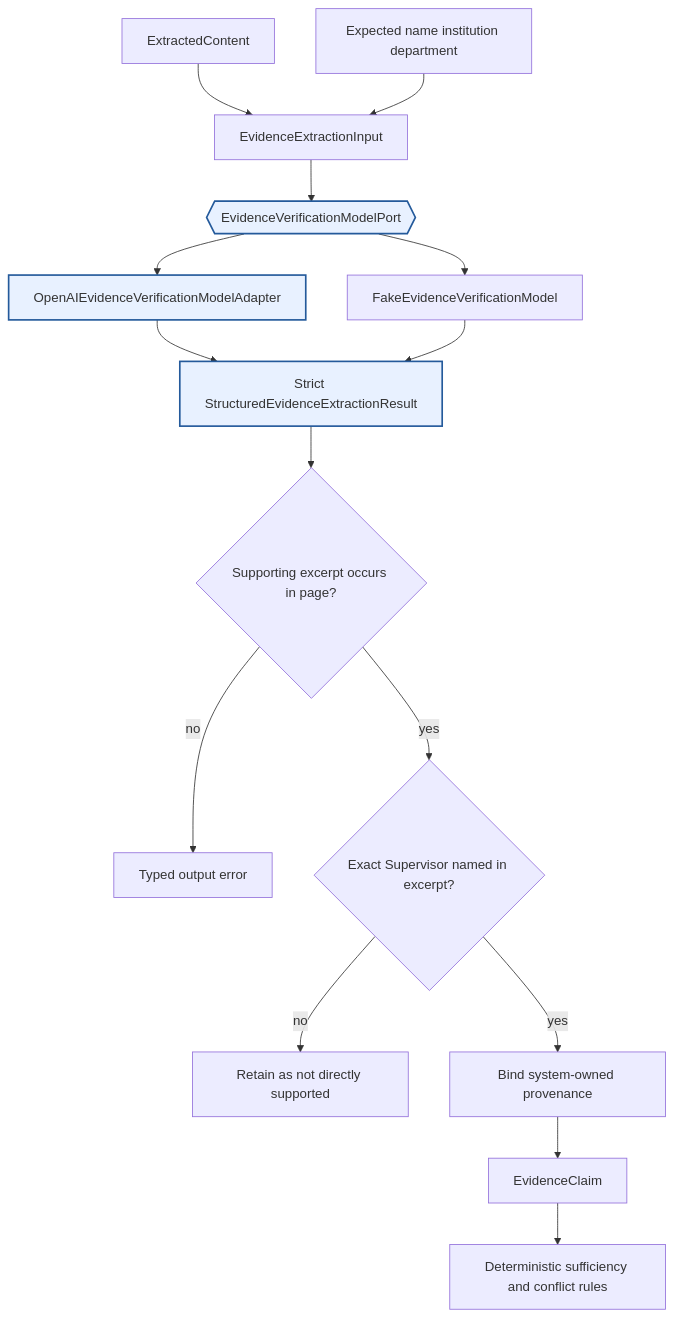
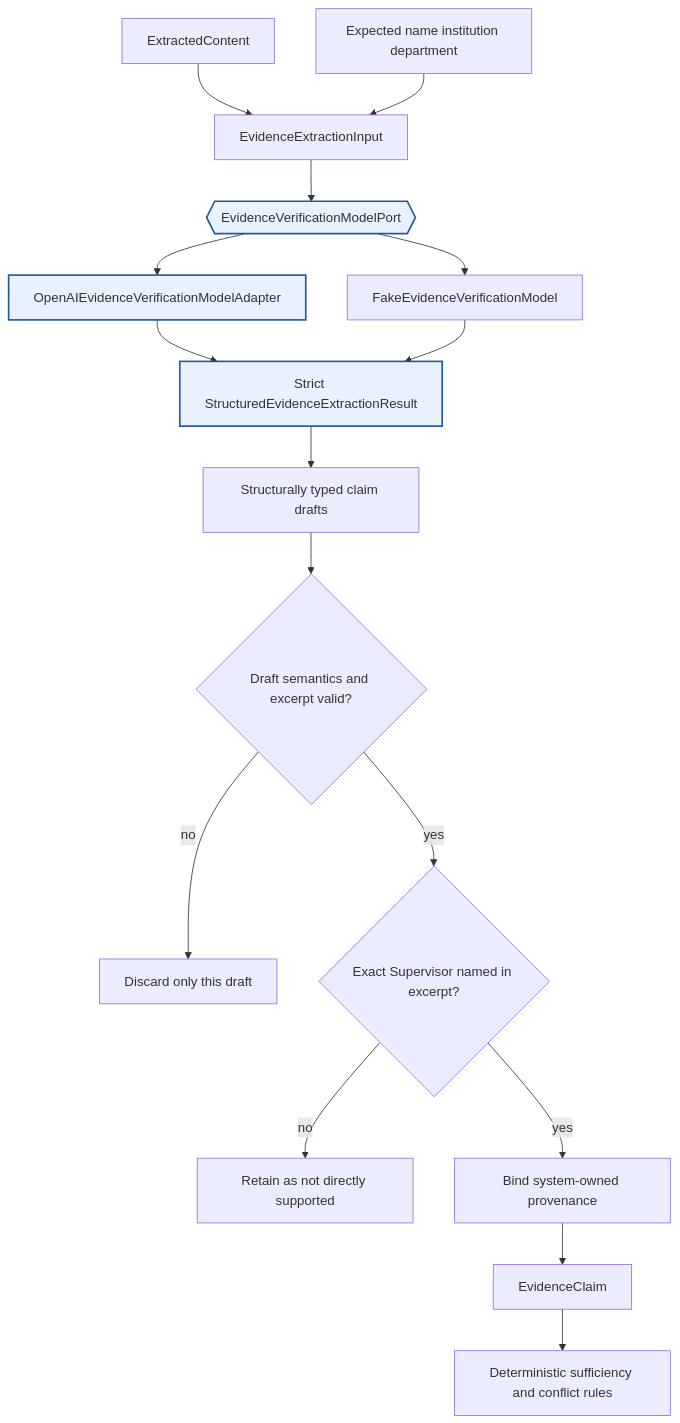
Diagram 14 of 24 in projects/scholar-path/docs/architecture.md (shanly-rajan/ai-builder), drawn with Mermaid before and after one commit. The commit also changed other lines of this file and 30 other files, not shown here.

````diff
--- a/projects/scholar-path/docs/architecture.md
+++ b/projects/scholar-path/docs/architecture.md
@@ -570,20 +570,21 @@
 ```mermaid
 flowchart TD
     Page[ExtractedContent] --> Input[EvidenceExtractionInput]
     Hints[Expected name institution department] --> Input
     Input --> Port{{EvidenceVerificationModelPort}}
     Port --> Fake[FakeEvidenceVerificationModel]
     Port --> OpenAI[OpenAIEvidenceVerificationModelAdapter]
     OpenAI --> Schema[Strict StructuredEvidenceExtractionResult]
     Fake --> Schema
-    Schema --> Ground{Supporting excerpt occurs in page?}
-    Ground -->|no| Invalid[Typed output error]
+    Schema --> Drafts[Structurally typed claim drafts]
+    Drafts --> Ground{Draft semantics and excerpt valid?}
+    Ground -->|no| Invalid[Discard only this draft]
     Ground -->|yes| Subject{Exact Supervisor named in excerpt?}
     Subject -->|no| Indirect[Retain as not directly supported]
     Subject -->|yes| Bind[Bind system-owned provenance]
     Bind --> Claim[EvidenceClaim]
     Claim --> Rules[Deterministic sufficiency and conflict rules]
 
     classDef boundary fill:#e8f1ff,stroke:#245a9b,stroke-width:2px;
     class Port,OpenAI,Schema boundary;
 ```
````
